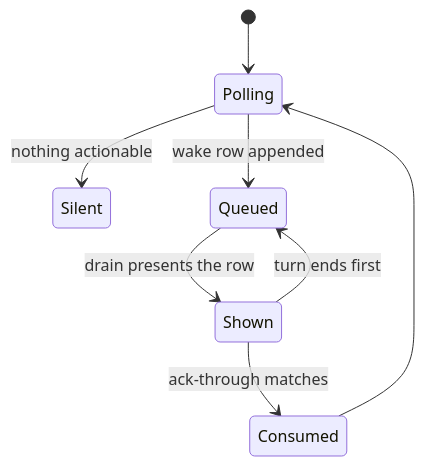
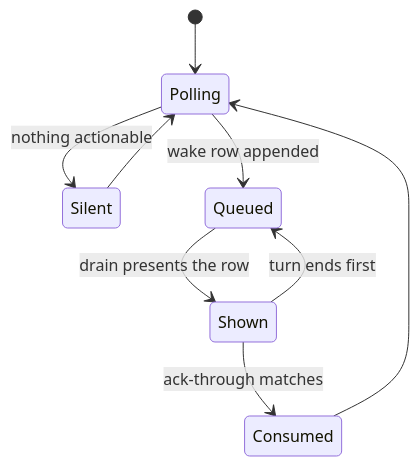
Before and after one commit to LeadGrowGTM/firstmate: the diagram in docs/state/services/wake-cycle.md, drawn with Mermaid. The commit also changed other lines of this file and 6 other files, not shown here.

````diff
--- a/docs/state/services/wake-cycle.md
+++ b/docs/state/services/wake-cycle.md
@@ -38,10 +38,11 @@
 ```mermaid
 stateDiagram-v2
     [*] --> Polling
     Polling --> Silent: nothing actionable
+    Silent --> Polling
     Polling --> Queued: wake row appended
     Queued --> Shown: drain presents the row
     Shown --> Consumed: ack-through matches
     Shown --> Queued: turn ends first
     Consumed --> Polling
 ```
````
